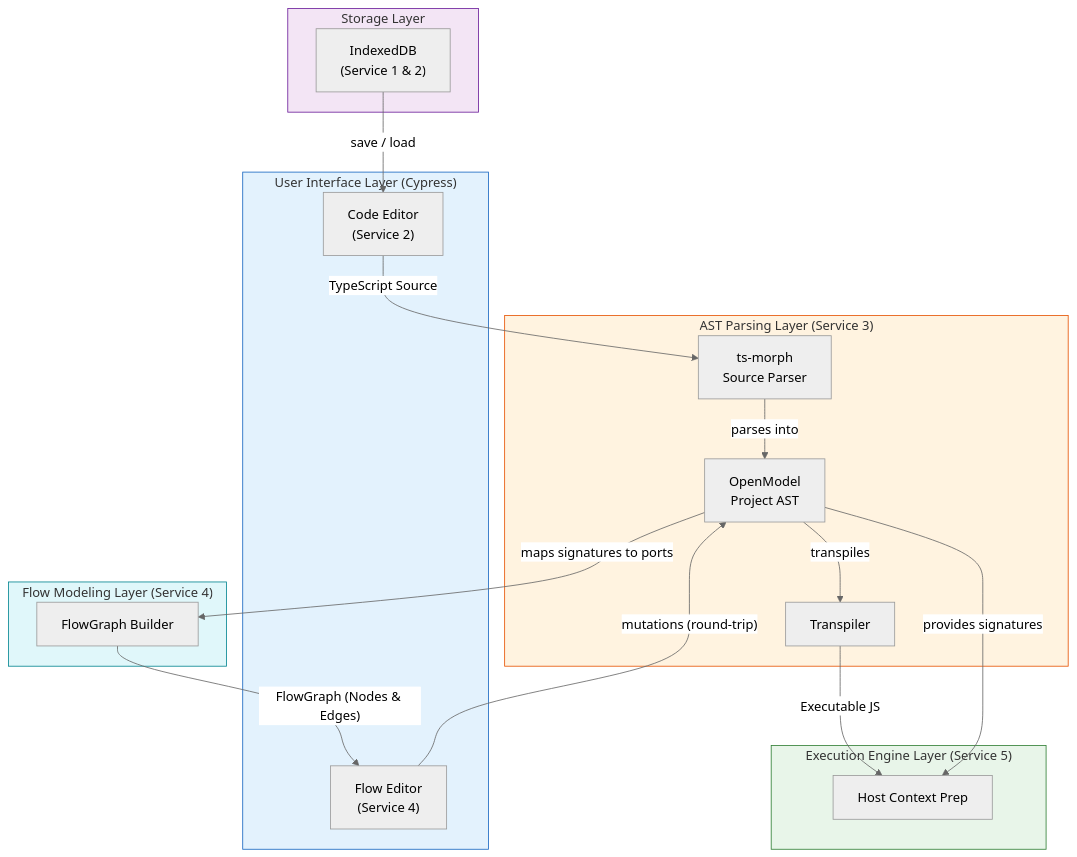
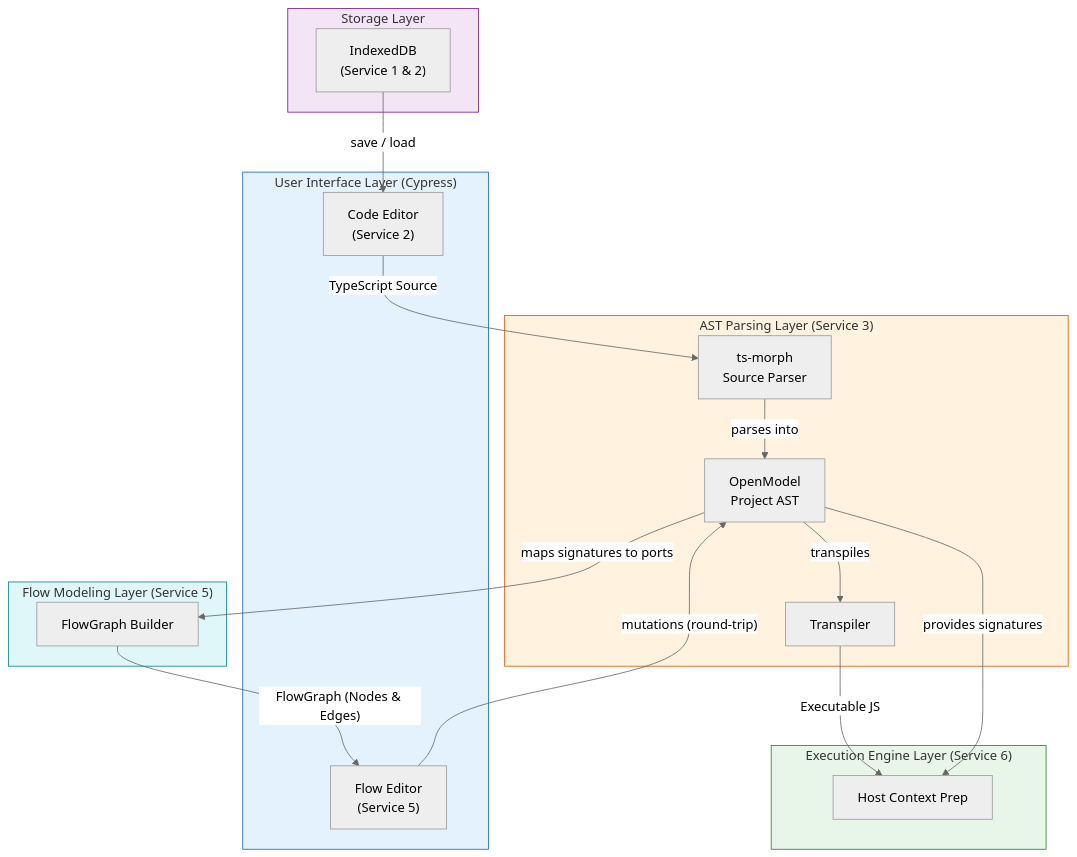
One commit to rimvydasb/open-modeler-ts changed the first of 3 diagrams in docs/03_AST_PARSING_ARCH.md. Above: the diagram before and after it, drawn with Mermaid (neutral theme). The commit also changed other lines of this file and 7 other files, not shown here.

Commit message:
refactor: update architecture documents to reflect service renumbering and dependencies

````diff
--- a/docs/03_AST_PARSING_ARCH.md
+++ b/docs/03_AST_PARSING_ARCH.md
@@ -34,43 +34,43 @@
 ```mermaid
 graph TB
     subgraph PersistenceLayer["Storage Layer"]
         IDB["IndexedDB<br/>(Service 1 & 2)"]
     end
 
     subgraph UserInterface["User Interface Layer (Cypress)"]
         CE["Code Editor<br/>(Service 2)"]
-        FE["Flow Editor<br/>(Service 4)"]
+        FE["Flow Editor<br/>(Service 5)"]
     end
 
     subgraph AnalysisLayer["AST Parsing Layer (Service 3)"]
         TSM["ts-morph<br/>Source Parser"]
         AST["OpenModel<br/>Project AST"]
         TRANS["Transpiler"]
     end
 
-    subgraph FlowModelingLayer["Flow Modeling Layer (Service 4)"]
+    subgraph FlowModelingLayer["Flow Modeling Layer (Service 5)"]
         FGB["FlowGraph Builder"]
     end
 
-    subgraph ExecutionLayer["Execution Engine Layer (Service 5)"]
+    subgraph ExecutionLayer["Execution Engine Layer (Service 6)"]
         VM_PREP["Host Context Prep"]
     end
 
     IDB -- " save / load " --> CE
     CE -- " TypeScript Source " --> TSM
     TSM -- " parses into " --> AST
 
     AST -- " maps signatures to ports " --> FGB
     FGB -- " FlowGraph (Nodes & Edges) " --> FE
     FE -- " mutations (round-trip) " --> AST
 
     AST -- " transpiles " --> TRANS
     TRANS -- " Executable JS " --> VM_PREP
     AST -- " provides signatures " --> VM_PREP
 
     style PersistenceLayer fill: #f3e5f5, stroke: #6a1b9a
     style UserInterface fill: #e3f2fd, stroke: #1565c0
     style AnalysisLayer fill: #fff3e0, stroke: #e65100
     style FlowModelingLayer fill: #e0f7fa, stroke: #00838f
     style ExecutionLayer fill: #e8f5e9, stroke: #2e7d32
 ```
````
